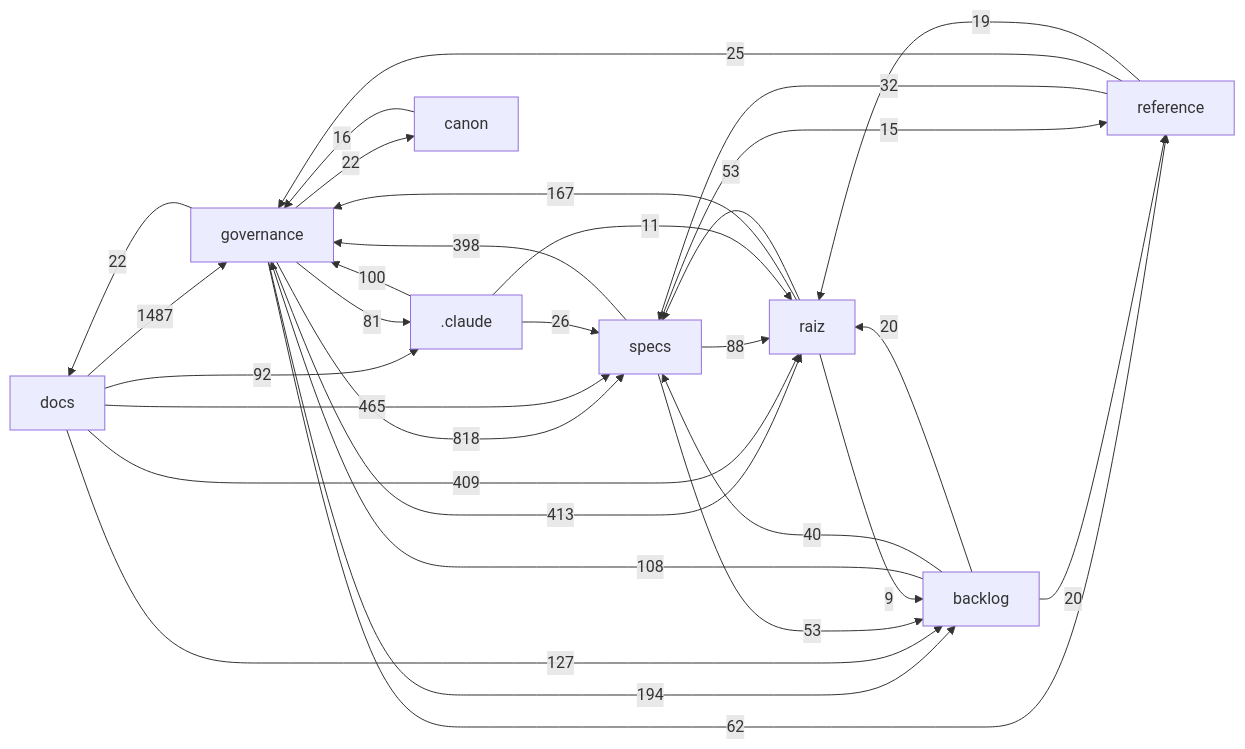
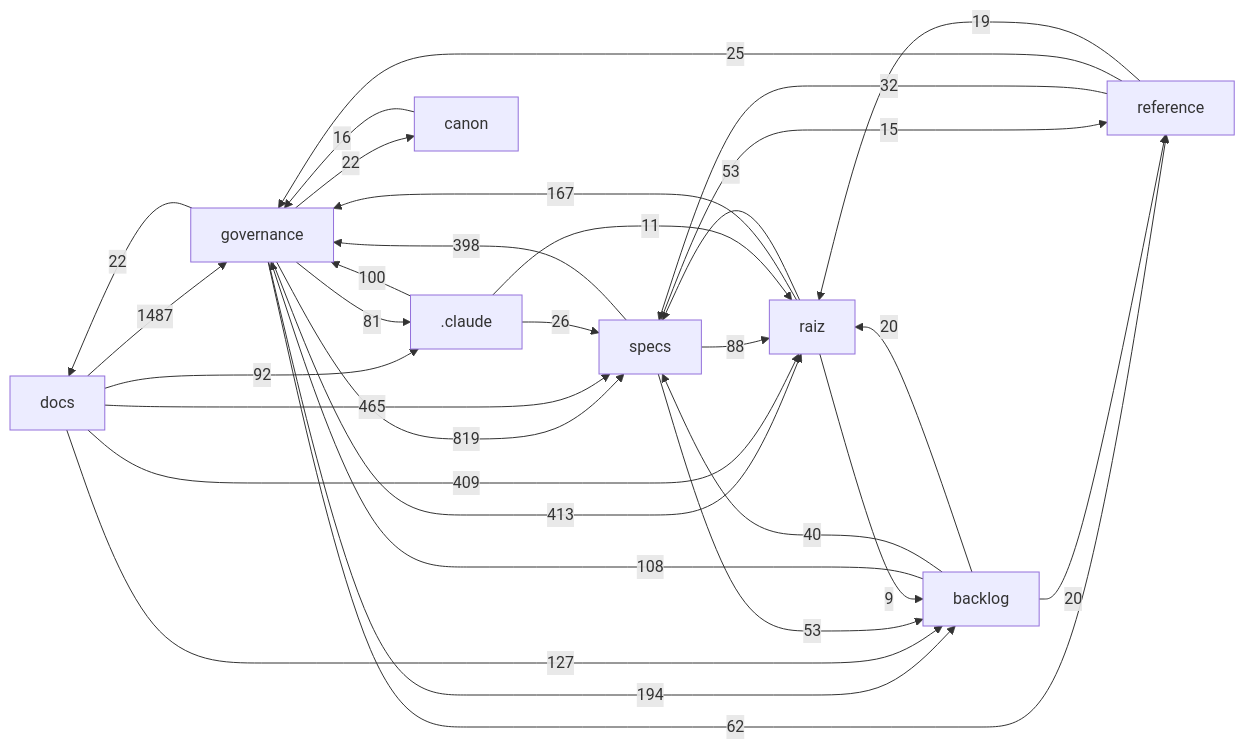
One commit to Andraus35/Sistema-Operacional-de-Trading--SOT changed the diagram in docs/mapa/MAPA-PROJETO.md. Above: the diagram before and after it, drawn with Mermaid. The commit also changed other lines of this file and 10 other files, not shown here.

````diff
--- a/docs/mapa/MAPA-PROJETO.md
+++ b/docs/mapa/MAPA-PROJETO.md
@@ -29,33 +29,33 @@
 ```mermaid
 flowchart LR
   docs["docs"] -->|1487| governance["governance"]
-  governance["governance"] -->|818| specs["specs"]
+  governance["governance"] -->|819| specs["specs"]
   docs["docs"] -->|465| specs["specs"]
   governance["governance"] -->|413| raiz["raiz"]
   docs["docs"] -->|409| raiz["raiz"]
   specs["specs"] -->|398| governance["governance"]
   governance["governance"] -->|194| backlog["backlog"]
   raiz["raiz"] -->|167| governance["governance"]
   docs["docs"] -->|127| backlog["backlog"]
   backlog["backlog"] -->|108| governance["governance"]
   _claude[".claude"] -->|100| governance["governance"]
   docs["docs"] -->|92| _claude[".claude"]
   specs["specs"] -->|88| raiz["raiz"]
   governance["governance"] -->|81| _claude[".claude"]
   governance["governance"] -->|62| reference["reference"]
   raiz["raiz"] -->|53| specs["specs"]
   specs["specs"] -->|53| backlog["backlog"]
   backlog["backlog"] -->|40| specs["specs"]
   reference["reference"] -->|32| specs["specs"]
   _claude[".claude"] -->|26| specs["specs"]
   reference["reference"] -->|25| governance["governance"]
   governance["governance"] -->|22| docs["docs"]
   governance["governance"] -->|22| canon["canon"]
   backlog["backlog"] -->|20| raiz["raiz"]
   backlog["backlog"] -->|20| reference["reference"]
   reference["reference"] -->|19| raiz["raiz"]
   canon["canon"] -->|16| governance["governance"]
   specs["specs"] -->|15| reference["reference"]
   _claude[".claude"] -->|11| raiz["raiz"]
   raiz["raiz"] -->|9| backlog["backlog"]
 ```
````
